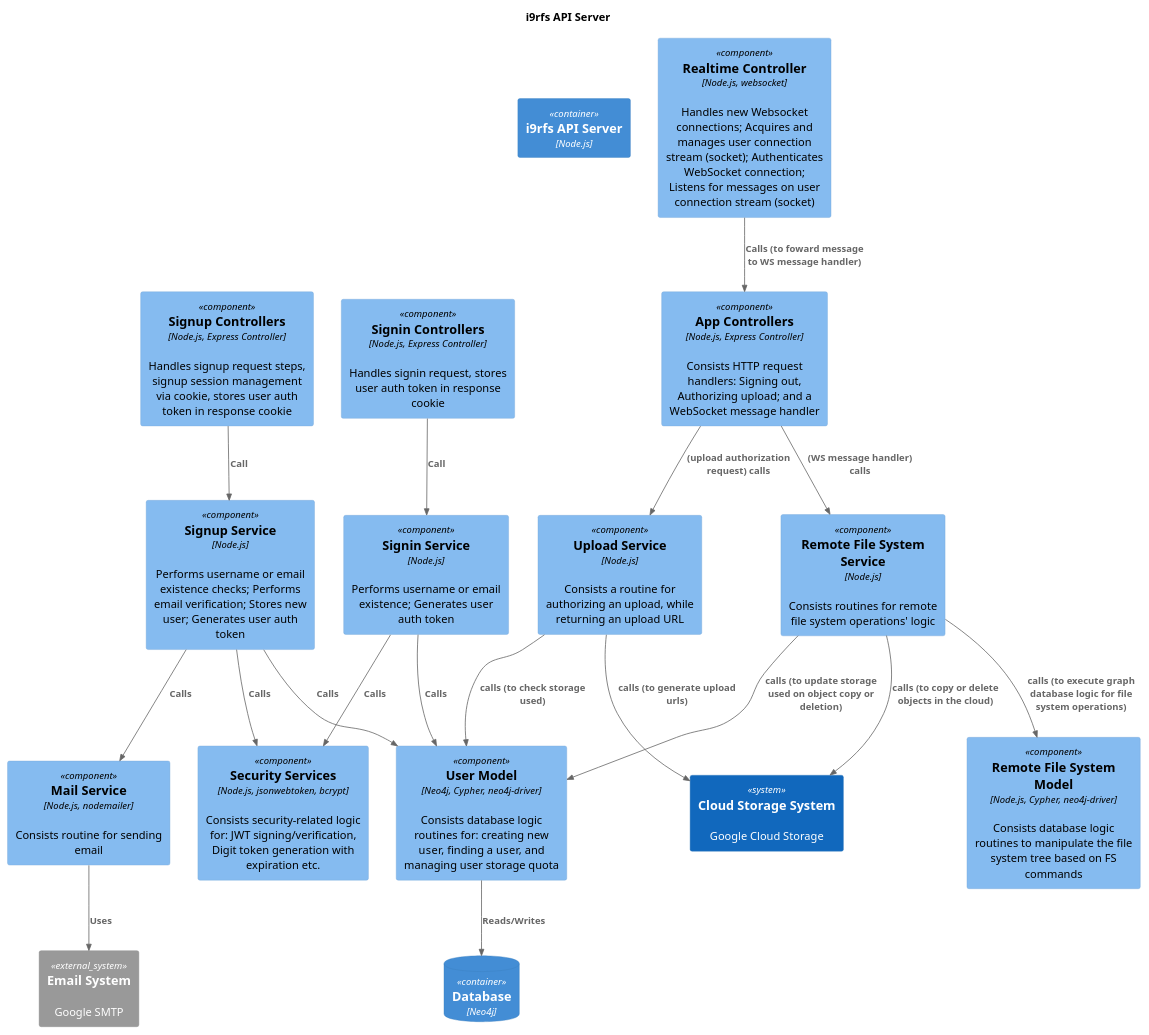
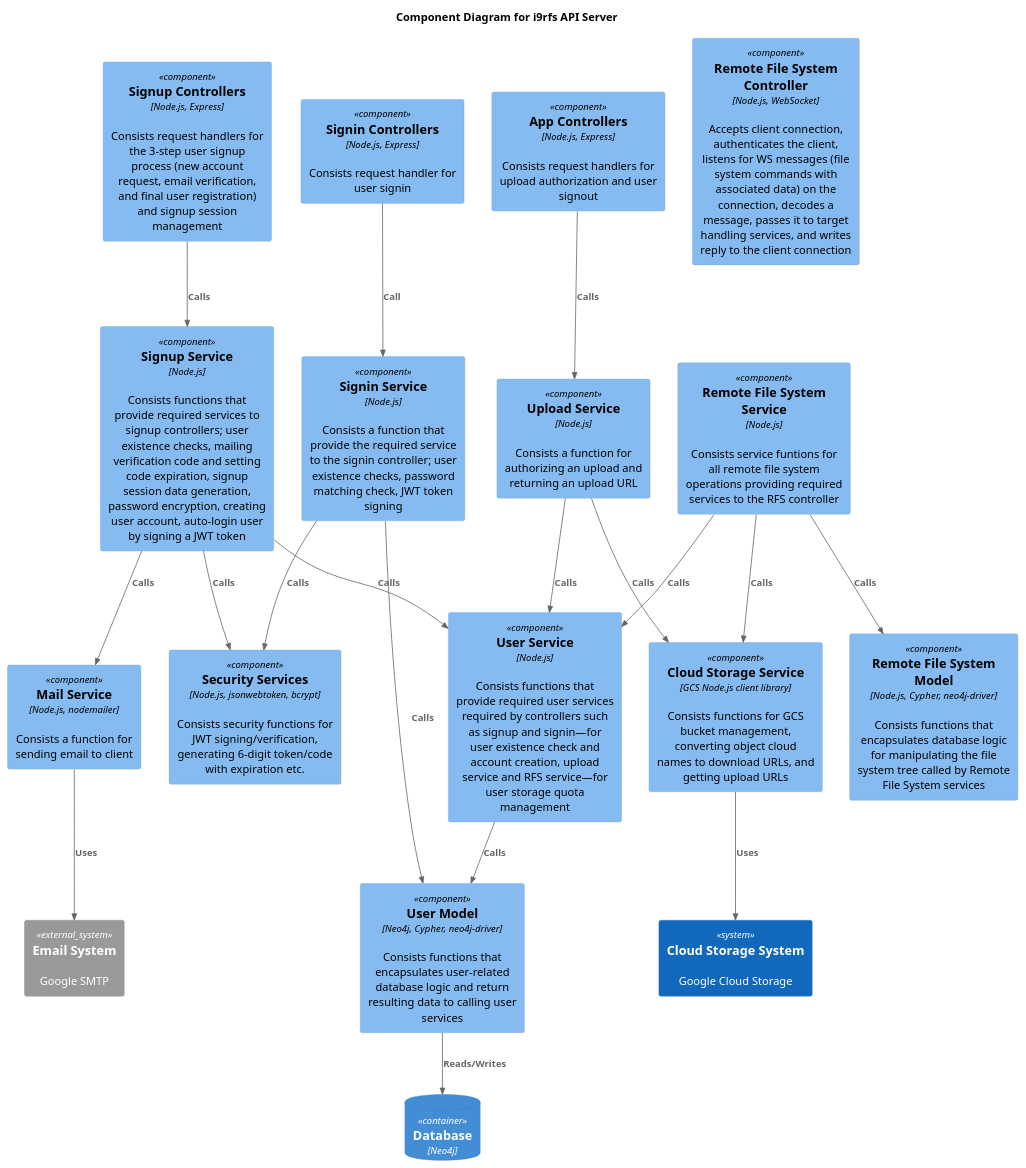
Before and after one commit to the-real-i9/i9rfs-server: the diagram in diagrams/arch.pu, drawn with PlantUML. The commit also changed 19 other files, not shown here.

```diff
--- a/diagrams/arch.pu
+++ b/diagrams/arch.pu
@@ -1,50 +1,52 @@
 @startuml i9rfs_api_arch
 !include <C4/C4_Component>
 
-' !includeurl https://raw.githubusercontent.com/plantuml-stdlib/C4-PlantUML/master/C4_Component.puml
+title Component Diagram for i9rfs API Server
 
-title i9rfs API Server
-
-Container(api, "i9rfs API Server", "Node.js")
+' Container(api, "i9rfs API Server", "Node.js")
 
 System_Ext(emailSystem, "Email System", "Google SMTP")
 System(cloudStorageSystem, "Cloud Storage System", "Google Cloud Storage")
 
 ContainerDb(database, "Database", "Neo4j")
 
-Component(securityServices, "Security Services", "Node.js, jsonwebtoken, bcrypt", "Consists security-related logic for: JWT signing/verification, Digit token generation with expiration etc.")
-Component(mailService, "Mail Service", "Node.js, nodemailer", "Consists routine for sending email")
+Component(cloudStorageService, "Cloud Storage Service", "GCS Node.js client library", "Consists functions for GCS bucket management, converting object cloud names to download URLs, and getting upload URLs")
+Rel(cloudStorageService, cloudStorageSystem, "Uses")
+
+Component(securityServices, "Security Services", "Node.js, jsonwebtoken, bcrypt", "Consists security functions for JWT signing/verification, generating 6-digit token/code with expiration etc.")
+Component(mailService, "Mail Service", "Node.js, nodemailer", "Consists a function for sending email to client")
 Rel(mailService, emailSystem, "Uses")
 
-Component(userModel, "User Model", "Neo4j, Cypher, neo4j-driver", "Consists database logic routines for: creating new user, finding a user, and managing user storage quota")
+Component(userService, "User Service", "Node.js", "Consists functions that provide required user services required by controllers such as signup and signin—for user existence check and account creation, upload service and RFS service—for user storage quota management")
+Component(userModel, "User Model", "Neo4j, Cypher, neo4j-driver", "Consists functions that encapsulates user-related database logic and return resulting data to calling user services")
+Rel(userService, userModel, "Calls")
 Rel(userModel, database, "Reads/Writes")
 
-Component(signupControllers, "Signup Controllers", "Node.js, Express Controller", "Handles signup request steps, signup session management via cookie, stores user auth token in response cookie")
-Component(signupService, "Signup Service", "Node.js", "Performs username or email existence checks; Performs email verification; Stores new user; Generates user auth token")
-Rel(signupControllers, signupService, "Call")
+Component(signupControllers, "Signup Controllers", "Node.js, Express", "Consists request handlers for the 3-step user signup process (new account request, email verification, and final user registration) and signup session management")
+Component(signupService, "Signup Service", "Node.js", "Consists functions that provide required services to signup controllers; user existence checks, mailing verification code and setting code expiration, signup session data generation, password encryption, creating user account, auto-login user by signing a JWT token")
+Rel(signupControllers, signupService, "Calls")
+Rel(signupService, userService, "Calls")
 Rel(signupService, securityServices, "Calls")
 Rel(signupService, mailService, "Calls")
-Rel(signupService, userModel, "Calls")
 
-Component(signinControllers, "Signin Controllers", "Node.js, Express Controller", "Handles signin request, stores user auth token in response cookie")
-Component(signinService, "Signin Service", "Node.js", "Performs username or email existence; Generates user auth token")
+Component(signinControllers, "Signin Controllers", "Node.js, Express", "Consists request handler for user signin")
+Component(signinService, "Signin Service", "Node.js", "Consists a function that provide the required service to the signin controller; user existence checks, password matching check, JWT token signing")
 Rel(signinControllers, signinService, "Call")
 Rel(signinService, securityServices, "Calls")
 Rel(signinService, userModel, "Calls")
 
-Component(appControllers, "App Controllers", "Node.js, Express Controller", "Consists HTTP request handlers: Signing out, Authorizing upload; and a WebSocket message handler")
-Component(uploadService, "Upload Service", "Node.js", "Consists a routine for authorizing an upload, while returning an upload URL")
-Component(rfsService, "Remote File System Service", "Node.js", "Consists routines for remote file system operations' logic")
-Component(rfsModel, "Remote File System Model", "Node.js, Cypher, neo4j-driver", "Consists database logic routines to manipulate the file system tree based on FS commands")
-Rel(appControllers, uploadService, "(upload authorization request) calls")
-Rel(appControllers, rfsService, "(WS message handler) calls")
-Rel(uploadService, userModel, "calls (to check storage used)")
-Rel(rfsService, userModel, "calls (to update storage used on object copy or deletion)")
-Rel(rfsService, rfsModel, "calls (to execute graph database logic for file system operations)")
-Rel(uploadService, cloudStorageSystem, "calls (to generate upload urls)")
-Rel(rfsService, cloudStorageSystem, "calls (to copy or delete objects in the cloud)")
+Component(uploadService, "Upload Service", "Node.js", "Consists a function for authorizing an upload and returning an upload URL")
+Rel(uploadService, userService, "Calls")
+Rel(uploadService, cloudStorageService, "Calls")
 
-Component(realtimeController, "Realtime Controller", "Node.js, websocket", "Handles new Websocket connections; Acquires and manages user connection stream (socket); Authenticates WebSocket connection; Listens for messages on user connection stream (socket)")
-Rel(realtimeController, appControllers, "Calls (to foward message to WS message handler)")
+Component(appControllers, "App Controllers", "Node.js, Express", "Consists request handlers for upload authorization and user signout")
+Rel(appControllers, uploadService, "Calls")
+
+Component(rfsController, "Remote File System Controller", "Node.js, WebSocket", "Accepts client connection, authenticates the client, listens for WS messages (file system commands with associated data) on the connection, decodes a message, passes it to target handling services, and writes reply to the client connection")
+Component(rfsService, "Remote File System Service", "Node.js", "Consists service funtions for all remote file system operations providing required services to the RFS controller")
+Component(rfsModel, "Remote File System Model", "Node.js, Cypher, neo4j-driver", "Consists functions that encapsulates database logic for manipulating the file system tree called by Remote File System services")
+Rel(rfsService, rfsModel, "Calls")
+Rel(rfsService, userService, "Calls")
+Rel(rfsService, cloudStorageService, "Calls")
 
 @enduml
```
